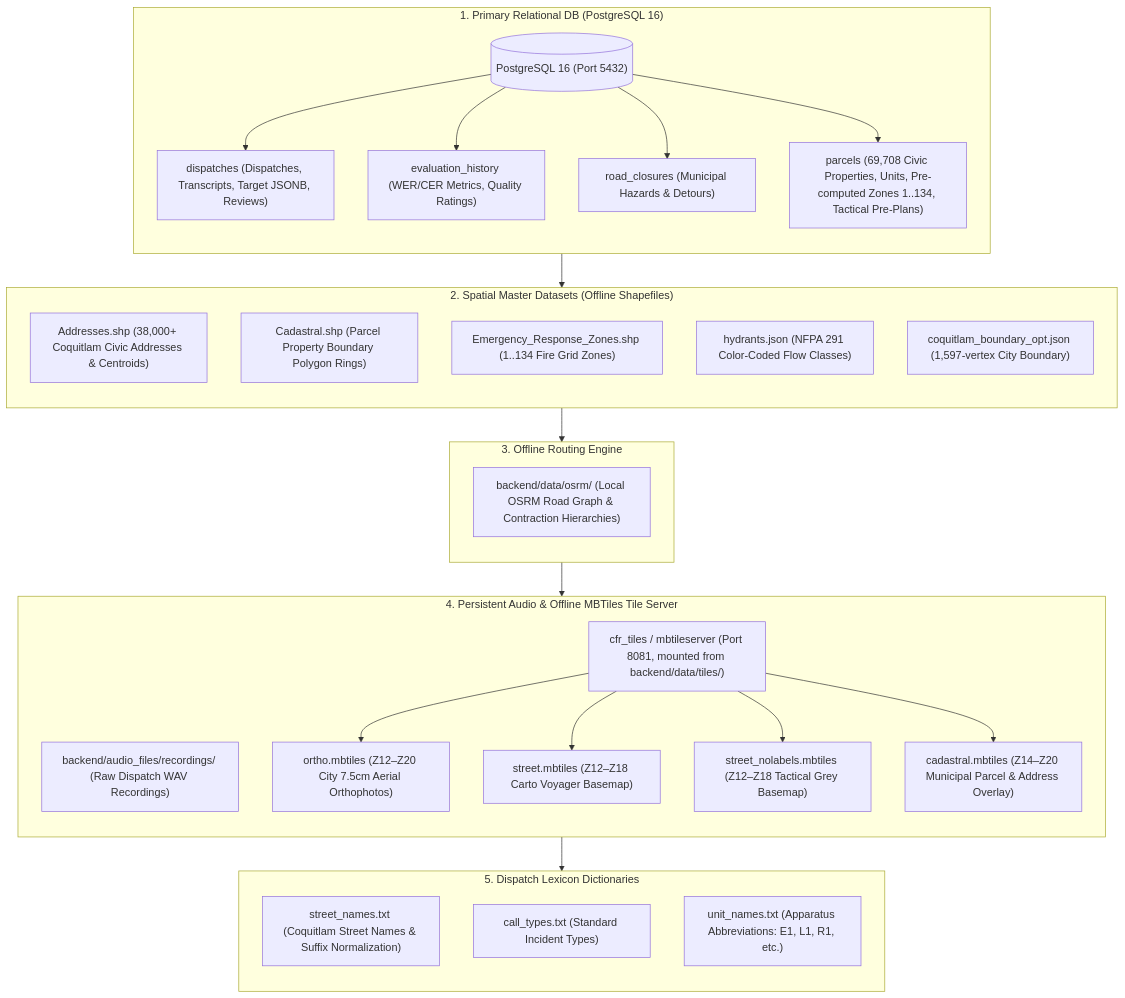
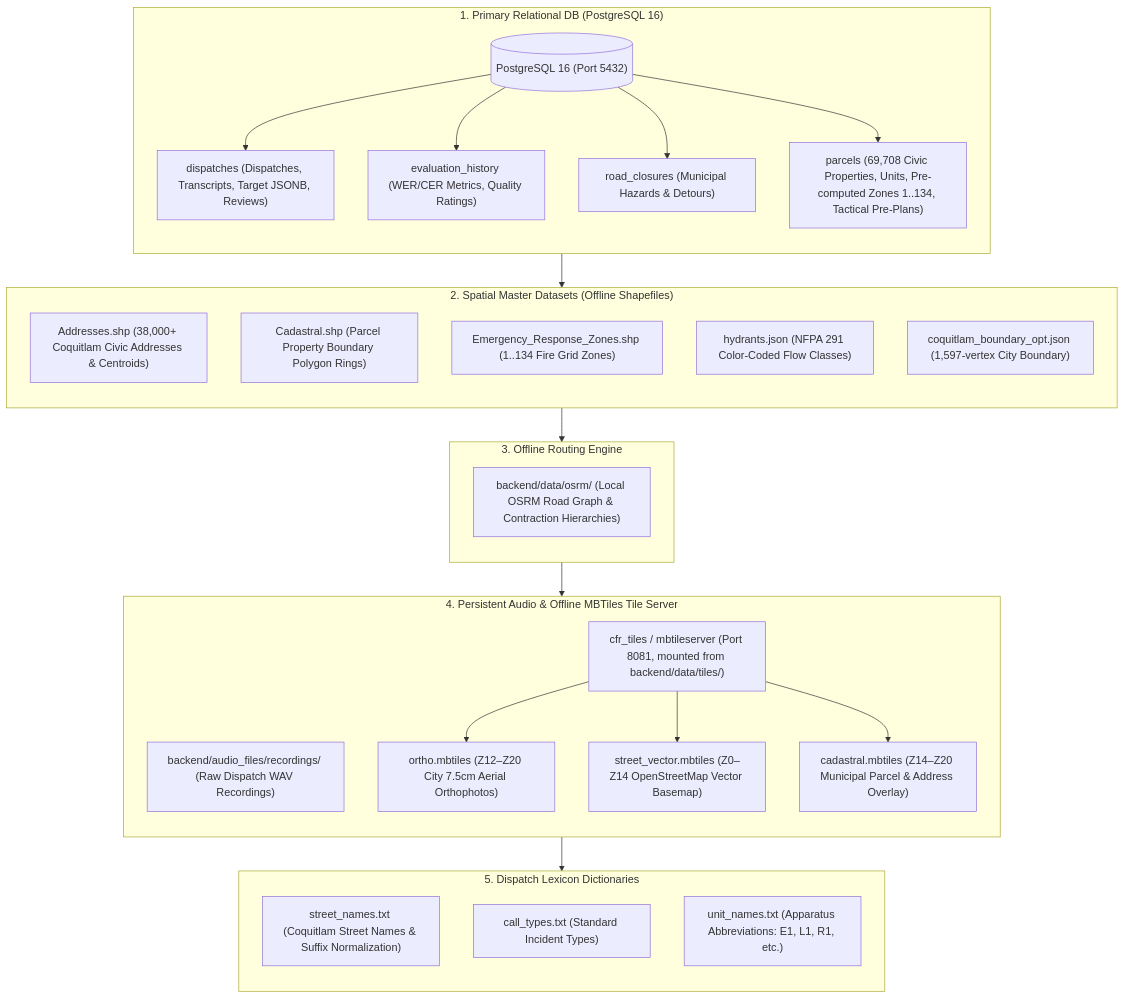
One commit to cwoodworth89/CFR-EVO-APP changed the diagram in docs/architecture/database_and_datastores.md. Above: the diagram before and after it, drawn with Mermaid. The commit also changed 19 other files, not shown here.

````diff
--- a/docs/architecture/database_and_datastores.md
+++ b/docs/architecture/database_and_datastores.md
@@ -23,55 +23,53 @@
 ```mermaid
 graph TD
     subgraph PrimaryDB ["1. Primary Relational DB (PostgreSQL 16)"]
         direction TB
         PG[("PostgreSQL 16 (Port 5432)")]
         T1["dispatches (Dispatches, Transcripts, Target JSONB, Reviews)"]
         T2["evaluation_history (WER/CER Metrics, Quality Ratings)"]
         T3["road_closures (Municipal Hazards & Detours)"]
         T4["parcels (69,708 Civic Properties, Units, Pre-computed Zones 1..134, Tactical Pre-Plans)"]
         PG --> T1
         PG --> T2
         PG --> T3
         PG --> T4
     end
 
     subgraph SpatialData ["2. Spatial Master Datasets (Offline Shapefiles)"]
         direction TB
         S1["Addresses.shp (38,000+ Coquitlam Civic Addresses & Centroids)"]
         S2["Cadastral.shp (Parcel Property Boundary Polygon Rings)"]
         S3["Emergency_Response_Zones.shp (1..134 Fire Grid Zones)"]
         S4["hydrants.json (NFPA 291 Color-Coded Flow Classes)"]
         S5["coquitlam_boundary_opt.json (1,597-vertex City Boundary)"]
     end
 
     subgraph RoutingGraph ["3. Offline Routing Engine"]
         direction TB
         R1["backend/data/osrm/ (Local OSRM Road Graph & Contraction Hierarchies)"]
     end
 
     subgraph Storage ["4. Persistent Audio & Offline MBTiles Tile Server"]
         direction TB
         A1["backend/audio_files/recordings/ (Raw Dispatch WAV Recordings)"]
         A2["cfr_tiles / mbtileserver (Port 8081, mounted from backend/data/tiles/)"]
         M1["ortho.mbtiles (Z12–Z20 City 7.5cm Aerial Orthophotos)"]
-        M2["street.mbtiles (Z12–Z18 Carto Voyager Basemap)"]
-        M3["street_nolabels.mbtiles (Z12–Z18 Tactical Grey Basemap)"]
+        M2["street_vector.mbtiles (Z0–Z14 OpenStreetMap Vector Basemap)"]
         M4["cadastral.mbtiles (Z14–Z20 Municipal Parcel & Address Overlay)"]
         A2 --> M1
         A2 --> M2
-        A2 --> M3
         A2 --> M4
     end
 
     subgraph Vocabulary ["5. Dispatch Lexicon Dictionaries"]
         direction TB
         V1["street_names.txt (Coquitlam Street Names & Suffix Normalization)"]
         V2["call_types.txt (Standard Incident Types)"]
         V3["unit_names.txt (Apparatus Abbreviations: E1, L1, R1, etc.)"]
     end
 
     PrimaryDB --> SpatialData
     SpatialData --> RoutingGraph
     RoutingGraph --> Storage
     Storage --> Vocabulary
 ```
````
